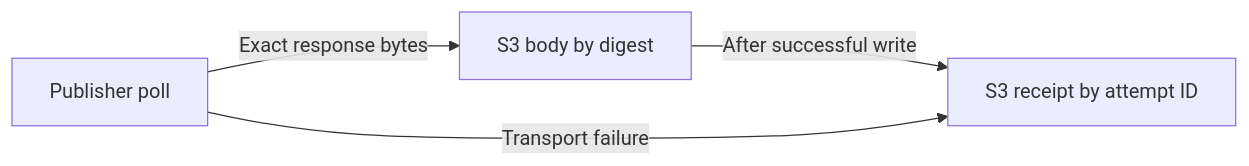
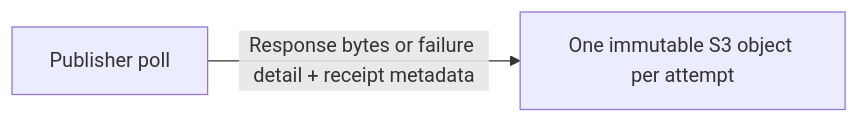
The diagram in coppersushi/pipelines/market_data/README.md (zoltanmaric/coppersushi), drawn with Mermaid before and after one commit. The commit also changed 2 other files, not shown here.

Commit message:
Land each publisher poll atomically under its attempt ID

````diff
--- a/coppersushi/pipelines/market_data/README.md
+++ b/coppersushi/pipelines/market_data/README.md
@@ -11,6 +11,4 @@
 ```mermaid
 flowchart LR
-    Poll["Publisher poll"] -->|Exact response bytes| Body["S3 body by digest"]
-    Body -->|After successful write| Receipt["S3 receipt by attempt ID"]
-    Poll -->|Transport failure| Receipt
+    Poll["Publisher poll"] -->|Response bytes or failure detail + receipt metadata| Receipt["One immutable S3 object per attempt"]
 ```
````
